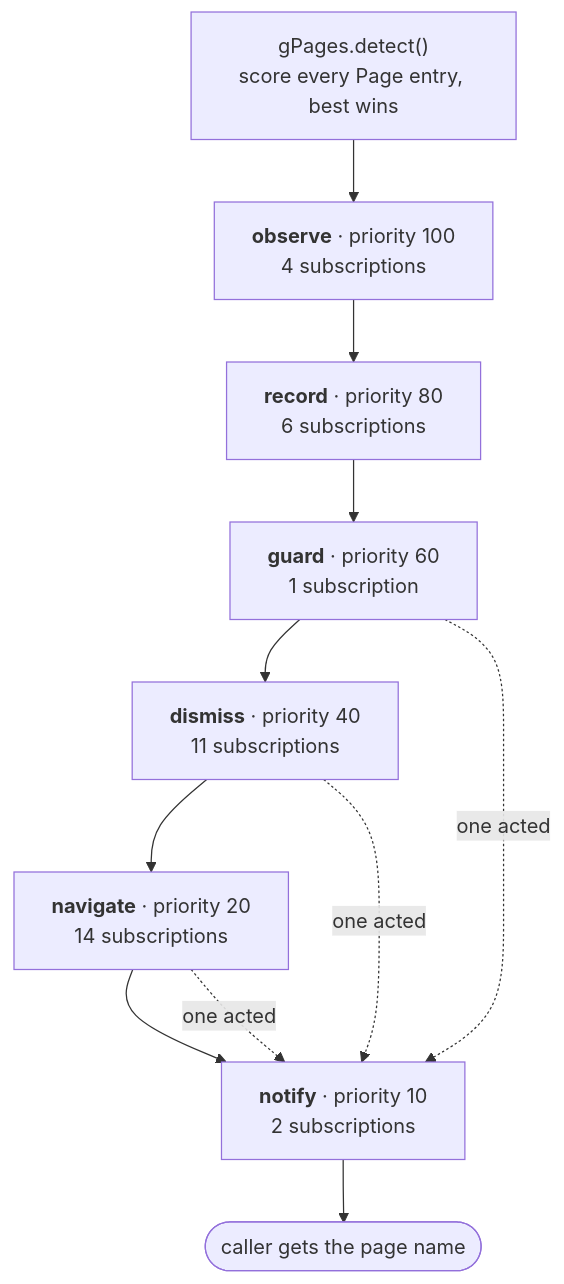
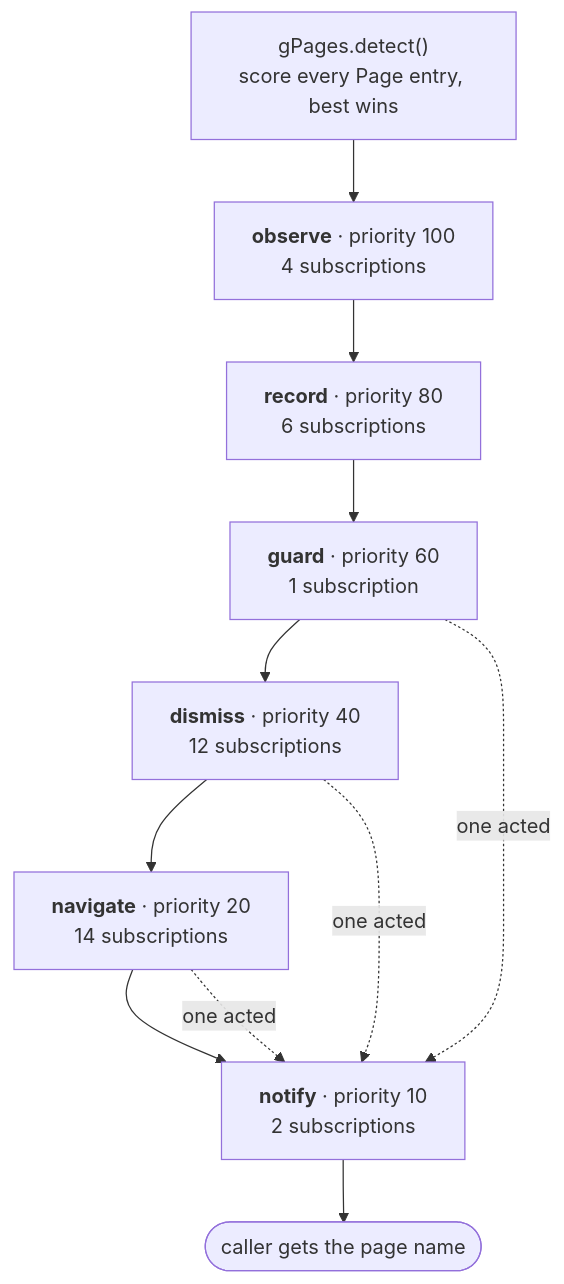
Before and after one commit to thireven/game-automation-scripts: the first of 3 diagrams in app.gap.Tsum/PAGE_DISPATCH.md, drawn with Mermaid. The commit also changed other lines of this file and 4 other files, not shown here.

````diff
--- a/app.gap.Tsum/PAGE_DISPATCH.md
+++ b/app.gap.Tsum/PAGE_DISPATCH.md
@@ -24,21 +24,21 @@
 ```mermaid
 flowchart TD
   detect["gPages.detect()<br/>score every Page entry, best wins"]
   c0["<b>observe</b> &middot; priority 100<br/>4 subscriptions"]
   c1["<b>record</b> &middot; priority 80<br/>6 subscriptions"]
   c2["<b>guard</b> &middot; priority 60<br/>1 subscription"]
-  c3["<b>dismiss</b> &middot; priority 40<br/>11 subscriptions"]
+  c3["<b>dismiss</b> &middot; priority 40<br/>12 subscriptions"]
   c4["<b>navigate</b> &middot; priority 20<br/>14 subscriptions"]
   c5["<b>notify</b> &middot; priority 10<br/>2 subscriptions"]
   done(["caller gets the page name"])
   detect --> c0
   c0 --> c1
   c1 --> c2
   c2 --> c3
   c3 --> c4
   c4 --> c5
   c5 --> done
   c2 -. "one acted" .-> c5
   c3 -. "one acted" .-> c5
   c4 -. "one acted" .-> c5
 ```
````
